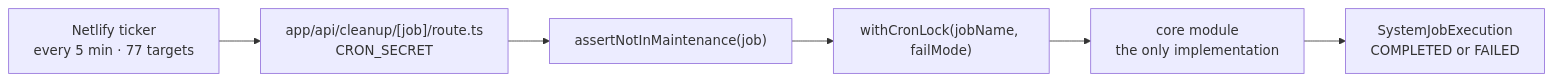
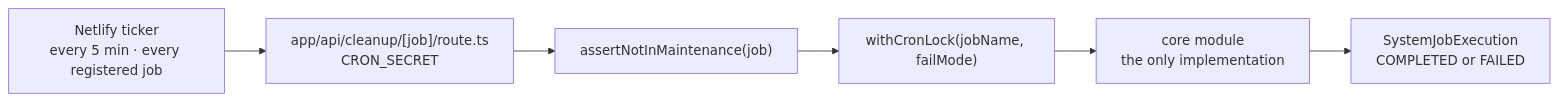
The second of 2 diagrams in docs/start-here/04-platform-architecture.md (Practitionist/familiarise_web), drawn with Mermaid before and after one commit. The commit also changed other lines of this file and 31 other files, not shown here.

````diff
--- a/docs/start-here/04-platform-architecture.md
+++ b/docs/start-here/04-platform-architecture.md
@@ -133,8 +135,8 @@
 ```mermaid
 flowchart LR
-    S1["Netlify ticker<br/>every 5 min · 77 targets"] --> R
+    S1["Netlify ticker<br/>every 5 min · every registered job"] --> R
     R["app/api/cleanup/[job]/route.ts<br/>CRON_SECRET"] --> G["assertNotInMaintenance(job)"]
     G --> L["withCronLock(jobName, failMode)"]
     L --> C["core module<br/>the only implementation"]
     C --> S["SystemJobExecution<br/>COMPLETED or FAILED"]
 ```
````
